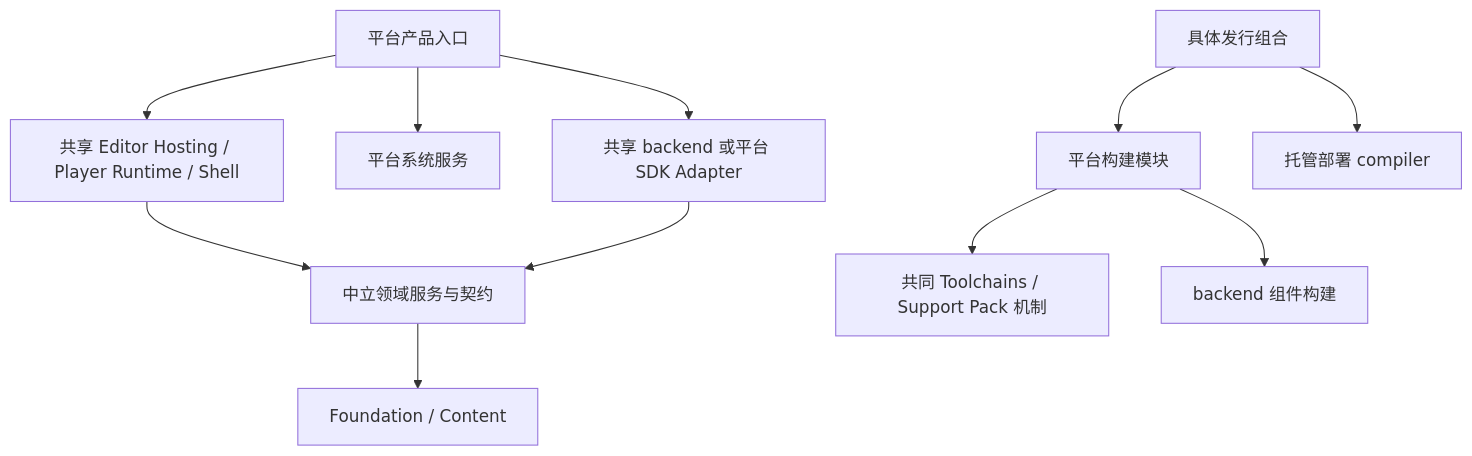
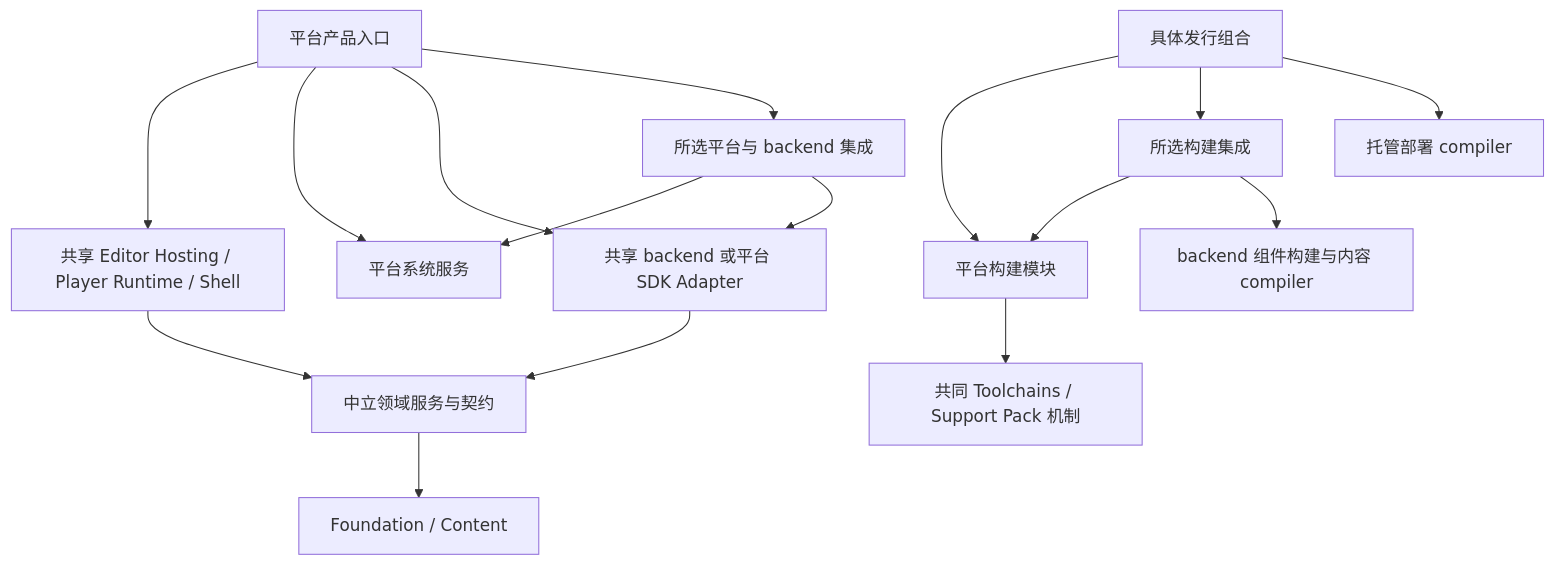
Before and after one commit to Wolfiora/InnoEngine: the diagram in docs/architecture/PLATFORM_EXTENSION_GUIDE.md, drawn with Mermaid. The commit also changed other lines of this file and 12 other files, not shown here.

````diff
--- a/docs/architecture/PLATFORM_EXTENSION_GUIDE.md
+++ b/docs/architecture/PLATFORM_EXTENSION_GUIDE.md
@@ -14,13 +15,18 @@
 ```mermaid
 flowchart TD
     P[平台产品入口] --> H[共享 Editor Hosting / Player Runtime / Shell]
     P --> S[平台系统服务]
     P --> B[共享 backend 或平台 SDK Adapter]
+    P --> I[所选平台与 backend 集成]
+    I --> S
+    I --> B
     H --> D[中立领域服务与契约]
     B --> D
     D --> F[Foundation / Content]
     R[具体发行组合] --> PB[平台构建模块]
+    R --> BI[所选构建集成]
     R --> M[托管部署 compiler]
+    BI --> PB
+    BI --> BC[backend 组件构建与内容 compiler]
     PB --> T[共同 Toolchains / Support Pack 机制]
-    PB --> BC[backend 组件构建]
 ```
````
